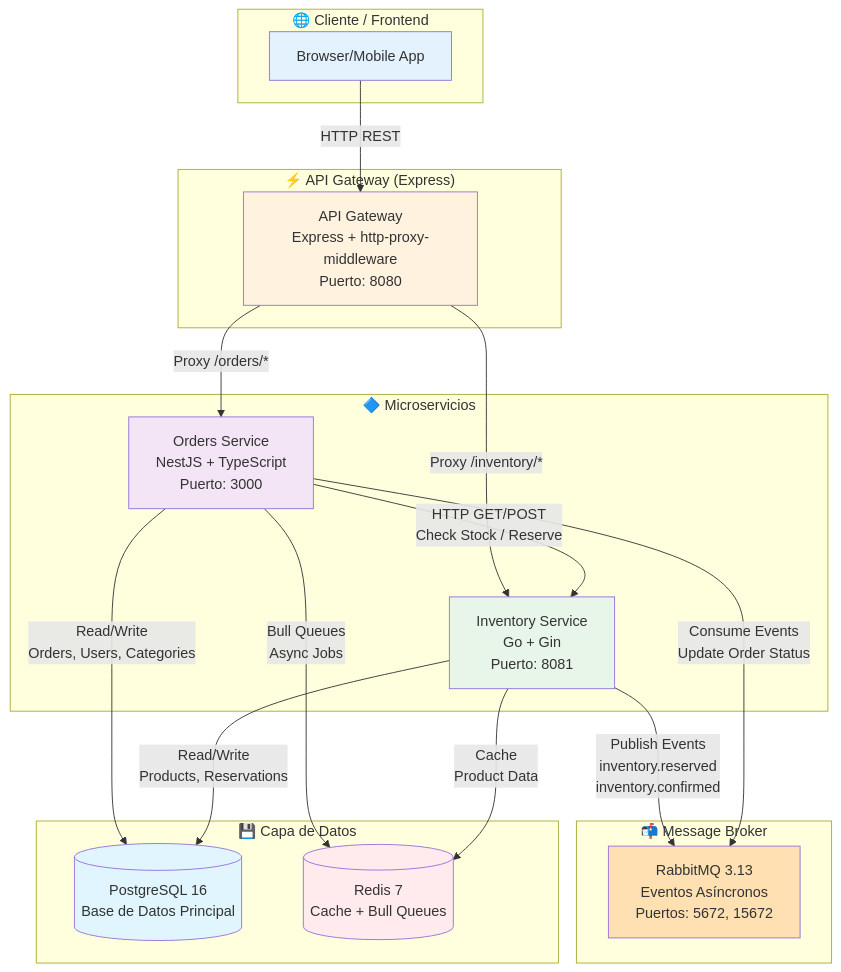
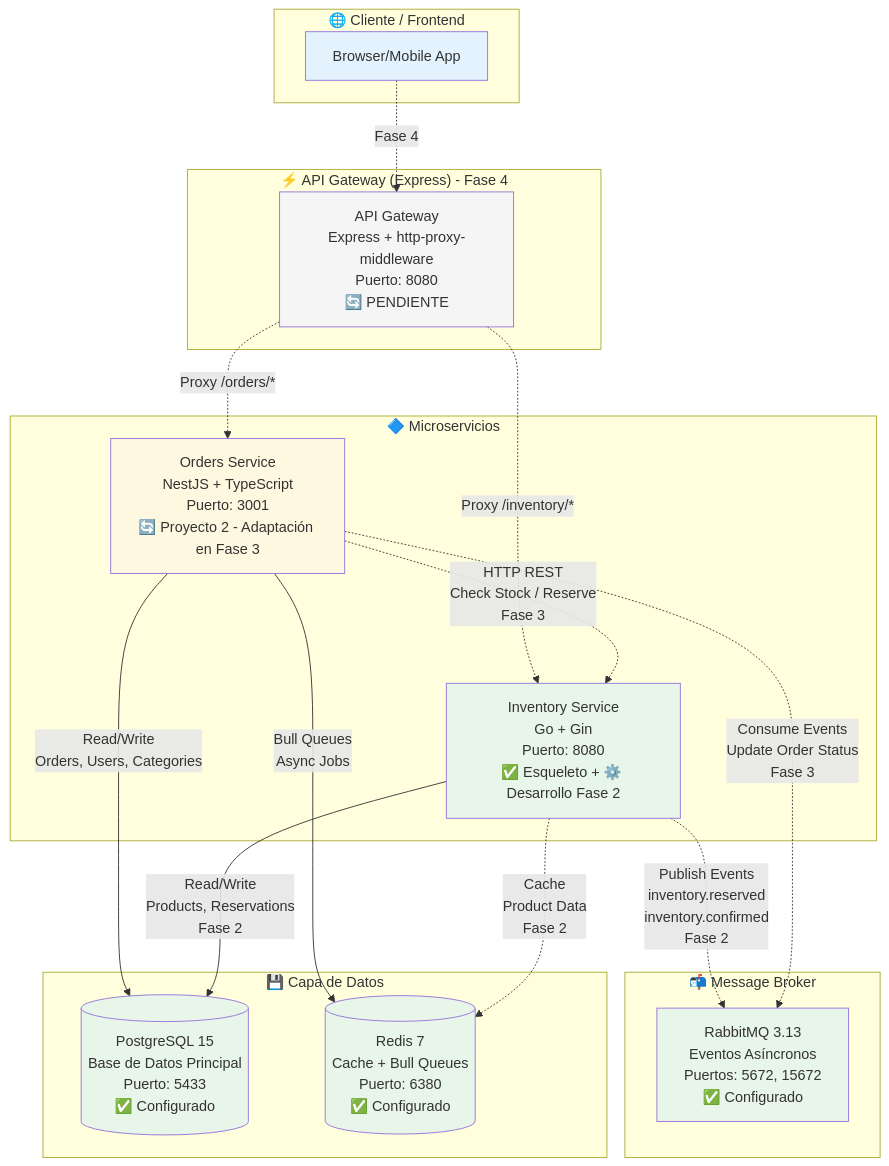
Before and after one commit to ArielDRighi/microservices-ecommerce-system: the diagram in README.md, drawn with Mermaid. The commit also changed other lines of this file, not shown here.

First line of the commit message:
feat(epic-1.5): Completar Documentación Inicial - README.md Principal

````diff
--- a/README.md
+++ b/README.md
@@ -96,45 +110,45 @@
 ```mermaid
 graph TB
     subgraph Client["🌐 Cliente / Frontend"]
         Browser[Browser/Mobile App]
     end
 
-    subgraph Gateway["⚡ API Gateway (Express)"]
-        APIGateway[API Gateway<br/>Express + http-proxy-middleware<br/>Puerto: 8080]
+    subgraph Gateway["⚡ API Gateway (Express) - Fase 4"]
+        APIGateway[API Gateway<br/>Express + http-proxy-middleware<br/>Puerto: 8080<br/>🔄 PENDIENTE]
     end
 
     subgraph Services["🔷 Microservicios"]
-        Orders[Orders Service<br/>NestJS + TypeScript<br/>Puerto: 3000]
-        Inventory[Inventory Service<br/>Go + Gin<br/>Puerto: 8081]
+        Orders[Orders Service<br/>NestJS + TypeScript<br/>Puerto: 3001<br/>🔄 Proyecto 2 - Adaptación en Fase 3]
+        Inventory[Inventory Service<br/>Go + Gin<br/>Puerto: 8080<br/>✅ Esqueleto + ⚙️ Desarrollo Fase 2]
     end
 
     subgraph MessageBroker["📬 Message Broker"]
-        RabbitMQ[RabbitMQ 3.13<br/>Eventos Asíncronos<br/>Puertos: 5672, 15672]
+        RabbitMQ[RabbitMQ 3.13<br/>Eventos Asíncronos<br/>Puertos: 5672, 15672<br/>✅ Configurado]
     end
 
     subgraph DataLayer["💾 Capa de Datos"]
-        PostgreSQL[(PostgreSQL 16<br/>Base de Datos Principal)]
-        Redis[(Redis 7<br/>Cache + Bull Queues)]
+        PostgreSQL[(PostgreSQL 15<br/>Base de Datos Principal<br/>Puerto: 5433<br/>✅ Configurado)]
+        Redis[(Redis 7<br/>Cache + Bull Queues<br/>Puerto: 6380<br/>✅ Configurado)]
     end
 
-    Browser -->|HTTP REST| APIGateway
-    APIGateway -->|Proxy /orders/*| Orders
-    APIGateway -->|Proxy /inventory/*| Inventory
+    Browser -.->|Fase 4| APIGateway
+    APIGateway -.->|Proxy /orders/*| Orders
+    APIGateway -.->|Proxy /inventory/*| Inventory
 
-    Orders -->|HTTP GET/POST<br/>Check Stock / Reserve| Inventory
-    Inventory -->|Publish Events<br/>inventory.reserved<br/>inventory.confirmed| RabbitMQ
-    Orders -->|Consume Events<br/>Update Order Status| RabbitMQ
+    Orders -.->|HTTP REST<br/>Check Stock / Reserve<br/>Fase 3| Inventory
+    Inventory -.->|Publish Events<br/>inventory.reserved<br/>inventory.confirmed<br/>Fase 2| RabbitMQ
+    Orders -.->|Consume Events<br/>Update Order Status<br/>Fase 3| RabbitMQ
 
     Orders -->|Read/Write<br/>Orders, Users, Categories| PostgreSQL
-    Inventory -->|Read/Write<br/>Products, Reservations| PostgreSQL
+    Inventory -->|Read/Write<br/>Products, Reservations<br/>Fase 2| PostgreSQL
     Orders -->|Bull Queues<br/>Async Jobs| Redis
-    Inventory -->|Cache<br/>Product Data| Redis
+    Inventory -.->|Cache<br/>Product Data<br/>Fase 2| Redis
 
     style Browser fill:#e3f2fd
-    style APIGateway fill:#fff3e0
-    style Orders fill:#f3e5f5
+    style APIGateway fill:#f5f5f5
+    style Orders fill:#fff8e1
     style Inventory fill:#e8f5e9
-    style RabbitMQ fill:#ffe0b2
-    style PostgreSQL fill:#e1f5fe
-    style Redis fill:#ffebee
+    style RabbitMQ fill:#e8f5e9
+    style PostgreSQL fill:#e8f5e9
+    style Redis fill:#e8f5e9
 ```
````
